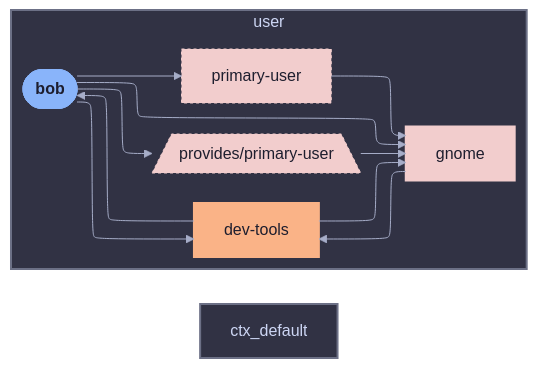
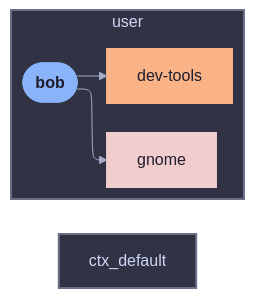
The diagram in templates/diag-fx-demo/diagrams/multi-desktop-bob-class-hm.md (sini/den), drawn with Mermaid before and after one commit. The commit also changed 849 other files, not shown here.

Commit message:
chore: update fx diagrams

````diff
--- a/templates/diag-fx-demo/diagrams/multi-desktop-bob-class-hm.md
+++ b/templates/diag-fx-demo/diagrams/multi-desktop-bob-class-hm.md
@@ -5,31 +5,20 @@
 ```mermaid
 %%{init: {"elk":{"mergeEdges":true,"nodePlacementStrategy":"BRANDES_KOEPF"},"layout":"elk","theme":"base","themeVariables":{"activationBkgColor":"#313244","activationBorderColor":"#6c7086","actorBkg":"#313244","actorBorder":"#a6adc8","actorLineColor":"#a6adc8","actorTextColor":"#cdd6f4","background":"#1e1e2e","classText":"#cdd6f4","clusterBkg":"#313244","clusterBorder":"#6c7086","edgeLabelBackground":"#1e1e2e","labelBoxBkgColor":"#313244","labelBoxBorderColor":"#a6adc8","labelTextColor":"#cdd6f4","lineColor":"#a6adc8","loopTextColor":"#cdd6f4","mainBkg":"#313244","nodeBkg":"#313244","nodeBorder":"#a6adc8","nodeTextColor":"#cdd6f4","noteBkgColor":"#313244","noteBorderColor":"#6c7086","noteTextColor":"#cdd6f4","pie1":"#f38ba8","pie2":"#fab387","pie3":"#f9e2af","pie4":"#a6e3a1","pie5":"#94e2d5","pie6":"#89b4fa","pie7":"#cba6f7","pie8":"#f2cdcd","pieLegendTextColor":"#cdd6f4","pieOuterStrokeColor":"#6c7086","pieSectionTextColor":"#cdd6f4","pieStrokeColor":"#6c7086","pieTitleTextColor":"#cdd6f4","primaryBorderColor":"#a6adc8","primaryColor":"#313244","primaryTextColor":"#cdd6f4","secondBkg":"#313244","secondaryBorderColor":"#6c7086","secondaryColor":"#313244","secondaryTextColor":"#cdd6f4","sequenceNumberColor":"#1e1e2e","signalColor":"#a6adc8","signalTextColor":"#cdd6f4","tertiaryBorderColor":"#6c7086","tertiaryColor":"#313244","tertiaryTextColor":"#cdd6f4","textColor":"#cdd6f4","titleColor":"#cdd6f4"}}}%%
 graph LR
   bob([bob]):::root
 
   subgraph ctx_user["user"]
   dev_tools["dev-tools"]:::dev_tools_c
   gnome["gnome"]:::gnome_c
-  primary_user["primary-user"]:::primary_user_c
-  den__provides__primary_user[/"provides/primary-user"\]:::den__provides__primary_user_c
   bob --> dev_tools
   bob --> gnome
-  bob --> primary_user
-  bob --> den__provides__primary_user
-  den__provides__primary_user --> gnome
-  dev_tools --> bob
-  dev_tools --> gnome
-  gnome --> dev_tools
-  primary_user --> gnome
   end
 
 
   classDef root fill:#89b4fa,stroke:#89b4fa,color:#1e1e2e,font-weight:bold
   classDef bob_c fill:#f38ba8,stroke:#f38ba8,color:#1e1e2e,stroke-width:2px
   classDef dev_tools_c fill:#fab387,stroke:#fab387,color:#1e1e2e,stroke-width:2px
   classDef gnome_c fill:#f2cdcd,stroke:#f2cdcd,color:#1e1e2e,stroke-width:2px
-  classDef primary_user_c fill:#f2cdcd,stroke:#f2cdcd,color:#1e1e2e,stroke-dasharray: 3 3,stroke-width:1px
-  classDef den__provides__primary_user_c fill:#f2cdcd,stroke:#f2cdcd,color:#1e1e2e,stroke-dasharray: 3 3,stroke-width:1px
 style ctx_user fill:#313244,stroke:#6c7086,stroke-width:2px
 style ctx_default fill:#313244,stroke:#6c7086,stroke-width:2px
 ```
````
